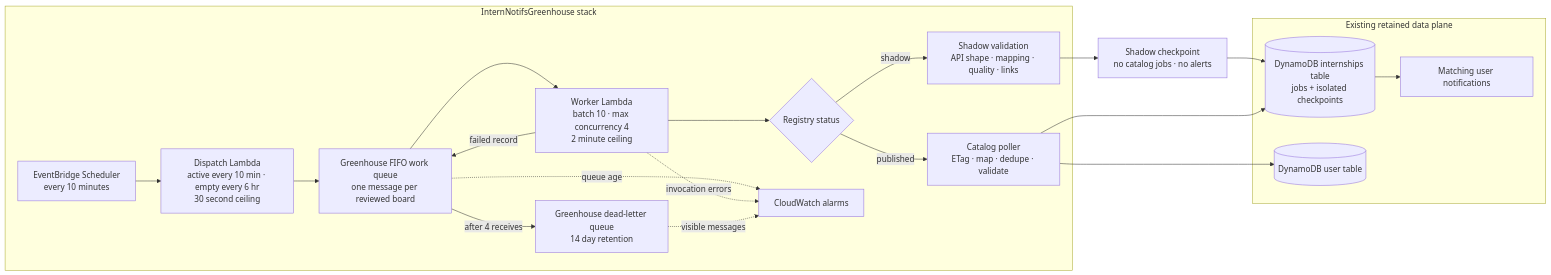
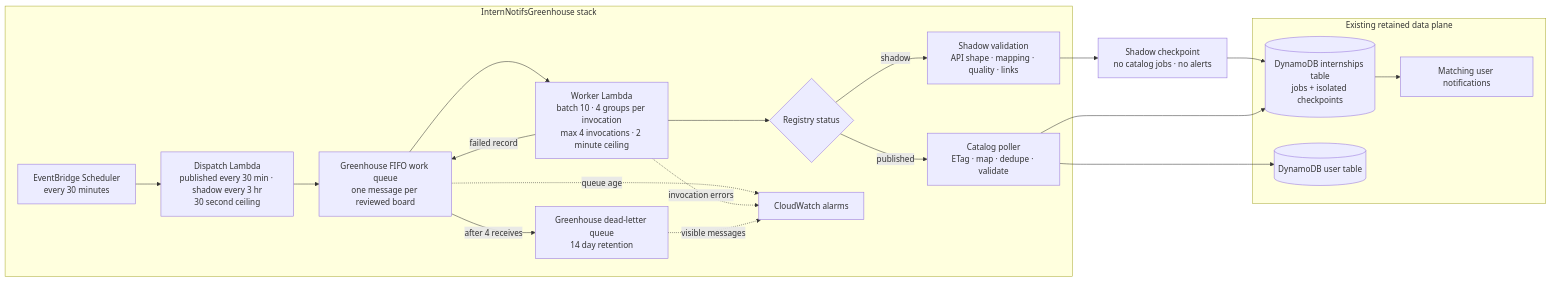
The diagram in docs/greenhouse/architecture.mmd (JDKrasnick/intern-notifs), drawn with Mermaid before and after one commit. The commit also changed 23 other files, not shown here.

```diff
--- a/docs/greenhouse/architecture.mmd
+++ b/docs/greenhouse/architecture.mmd
@@ -1,30 +1,30 @@
 flowchart LR
   subgraph GH["InternNotifsGreenhouse stack"]
-    EB["EventBridge Scheduler<br/>every 10 minutes"] --> D["Dispatch Lambda<br/>active every 10 min · empty every 6 hr<br/>30 second ceiling"]
+    EB["EventBridge Scheduler<br/>every 30 minutes"] --> D["Dispatch Lambda<br/>published every 30 min · shadow every 3 hr<br/>30 second ceiling"]
     D --> Q["Greenhouse FIFO work queue<br/>one message per reviewed board"]
 
-    Q --> W["Worker Lambda<br/>batch 10 · max concurrency 4<br/>2 minute ceiling"]
+    Q --> W["Worker Lambda<br/>batch 10 · 4 groups per invocation<br/>max 4 invocations · 2 minute ceiling"]
     W --> R{"Registry status"}
 
     R -->|shadow| S["Shadow validation<br/>API shape · mapping · quality · links"]
 
     R -->|published| P["Catalog poller<br/>ETag · map · dedupe · validate"]
 
     W -->|failed record| Q
     Q -->|after 4 receives| DLQ["Greenhouse dead-letter queue<br/>14 day retention"]
 
     Q -. queue age .-> CW["CloudWatch alarms"]
     W -. invocation errors .-> CW
     DLQ -. visible messages .-> CW
   end
 
   subgraph MAIN["Existing retained data plane"]
     DB[("DynamoDB internships table<br/>jobs + isolated checkpoints")]
     UDB[("DynamoDB user table")]
     N["Matching user notifications"]
   end
 
   S --> SC["Shadow checkpoint<br/>no catalog jobs · no alerts"] --> DB
   P --> DB
   P --> UDB
   DB --> N
```
